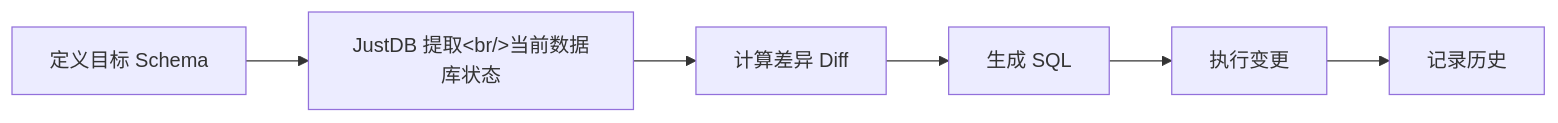
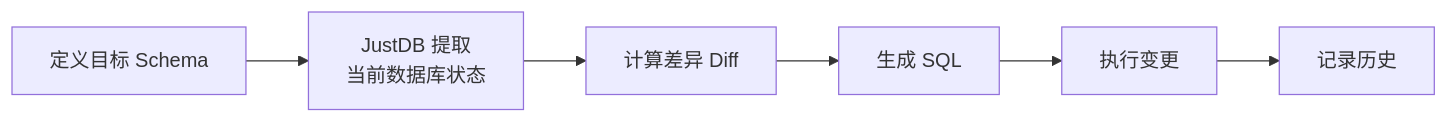
Before and after one commit to windli2018/justdb-docs-internal: the diagram in docs/getting-started/migration-basics.md, drawn with Mermaid. The commit also changed other lines of this file and 165 other files, not shown here.

````diff
--- a/docs/getting-started/migration-basics.md
+++ b/docs/getting-started/migration-basics.md
@@ -23,8 +23,8 @@
 ```mermaid
 flowchart LR
-    A[定义目标 Schema] --> B[JustDB 提取&lt;br/&gt;当前数据库状态]
+    A[定义目标 Schema] --> B[JustDB 提取<br/>当前数据库状态]
     B --> C[计算差异 Diff]
     C --> D[生成 SQL]
     D --> E[执行变更]
     E --> F[记录历史]
 ```
````
